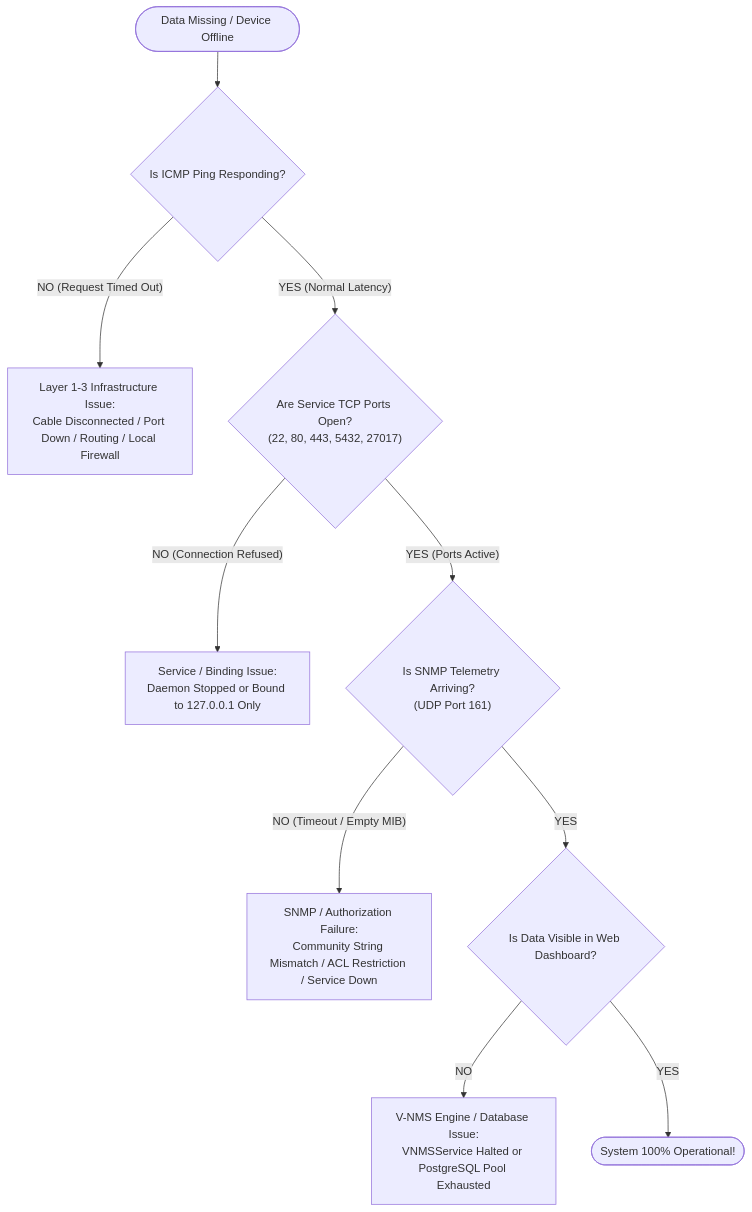
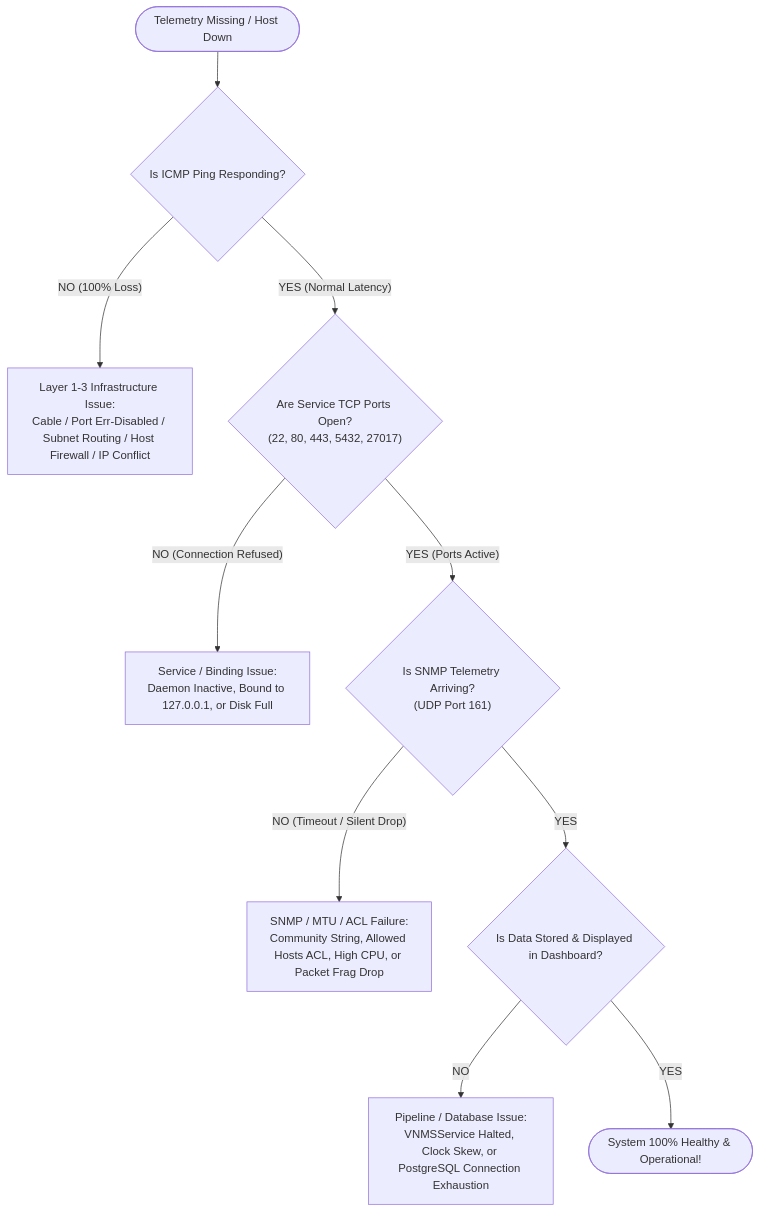
Before and after one commit to Deepakksah/V-NMS: the diagram in docs/ERROR_AND_SOLUTION.md, drawn with Mermaid. The commit also changed other lines of this file and 2 other files, not shown here.

Commit message:
Expand troubleshooting guide to exhaustive 20 enterprise failure conditions across 8 technical layers

````diff
--- a/docs/ERROR_AND_SOLUTION.md
+++ b/docs/ERROR_AND_SOLUTION.md
@@ -12,16 +12,16 @@
 ```mermaid
 flowchart TD
-    Start(["Data Missing / Device Offline"]) --> CheckPing{"Is ICMP Ping Responding?"}
+    Start(["Telemetry Missing / Host Down"]) --> CheckPing{"Is ICMP Ping Responding?"}
     
-    CheckPing -- "NO (Request Timed Out)" --> L1["Layer 1-3 Infrastructure Issue:<br/>Cable Disconnected / Port Down / Routing / Local Firewall"]
+    CheckPing -- "NO (100% Loss)" --> L1["Layer 1-3 Infrastructure Issue:<br/>Cable / Port Err-Disabled / Subnet Routing / Host Firewall / IP Conflict"]
     CheckPing -- "YES (Normal Latency)" --> CheckPorts{"Are Service TCP Ports Open?<br/>(22, 80, 443, 5432, 27017)"}
     
-    CheckPorts -- "NO (Connection Refused)" --> L4["Service / Binding Issue:<br/>Daemon Stopped or Bound to 127.0.0.1 Only"]
+    CheckPorts -- "NO (Connection Refused)" --> L4["Service / Binding Issue:<br/>Daemon Inactive, Bound to 127.0.0.1, or Disk Full"]
     CheckPorts -- "YES (Ports Active)" --> CheckSNMP{"Is SNMP Telemetry Arriving?<br/>(UDP Port 161)"}
     
-    CheckSNMP -- "NO (Timeout / Empty MIB)" --> L5["SNMP / Authorization Failure:<br/>Community String Mismatch / ACL Restriction / Service Down"]
-    CheckSNMP -- "YES" --> CheckDB{"Is Data Visible in Web Dashboard?"}
+    CheckSNMP -- "NO (Timeout / Silent Drop)" --> L5["SNMP / MTU / ACL Failure:<br/>Community String, Allowed Hosts ACL, High CPU, or Packet Frag Drop"]
+    CheckSNMP -- "YES" --> CheckDB{"Is Data Stored & Displayed in Dashboard?"}
     
-    CheckDB -- "NO" --> L6["V-NMS Engine / Database Issue:<br/>VNMSService Halted or PostgreSQL Pool Exhausted"]
-    CheckDB -- "YES" --> AllOK(["System 100% Operational!"])
+    CheckDB -- "NO" --> L6["Pipeline / Database Issue:<br/>VNMSService Halted, Clock Skew, or PostgreSQL Connection Exhaustion"]
+    CheckDB -- "YES" --> AllOK(["System 100% Healthy & Operational!"])
 ```
````
